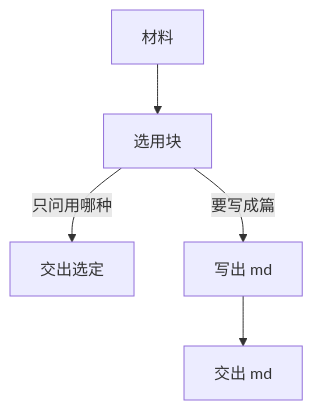
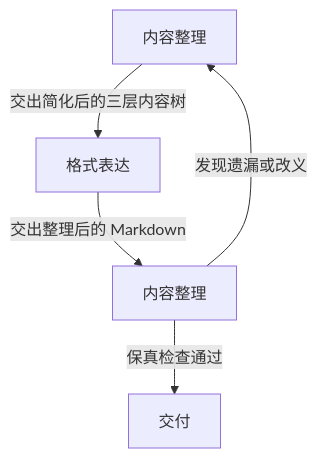
Before and after one commit to yanggggjie/my-skills: the diagram in skills/pretty-md/.temp-skill/workflow.md, drawn with Mermaid. The commit also changed 3 other files, not shown here.

````diff
--- a/skills/pretty-md/.temp-skill/workflow.md
+++ b/skills/pretty-md/.temp-skill/workflow.md
@@ -3,7 +3,7 @@
 ```mermaid
 flowchart TD
-  material[材料] --> pick[选用块]
-  pick -->|只问用哪种| stop[交出选定]
-  pick -->|要写成篇| write[写出 md]
-  write --> out[交出 md]
+  A[内容整理] -->|交出简化后的三层内容树| B[格式表达]
+  B -->|交出整理后的 Markdown| C[内容整理]
+  C -->|保真检查通过| D[交付]
+  C -->|发现遗漏或改义| A
 ```
````
